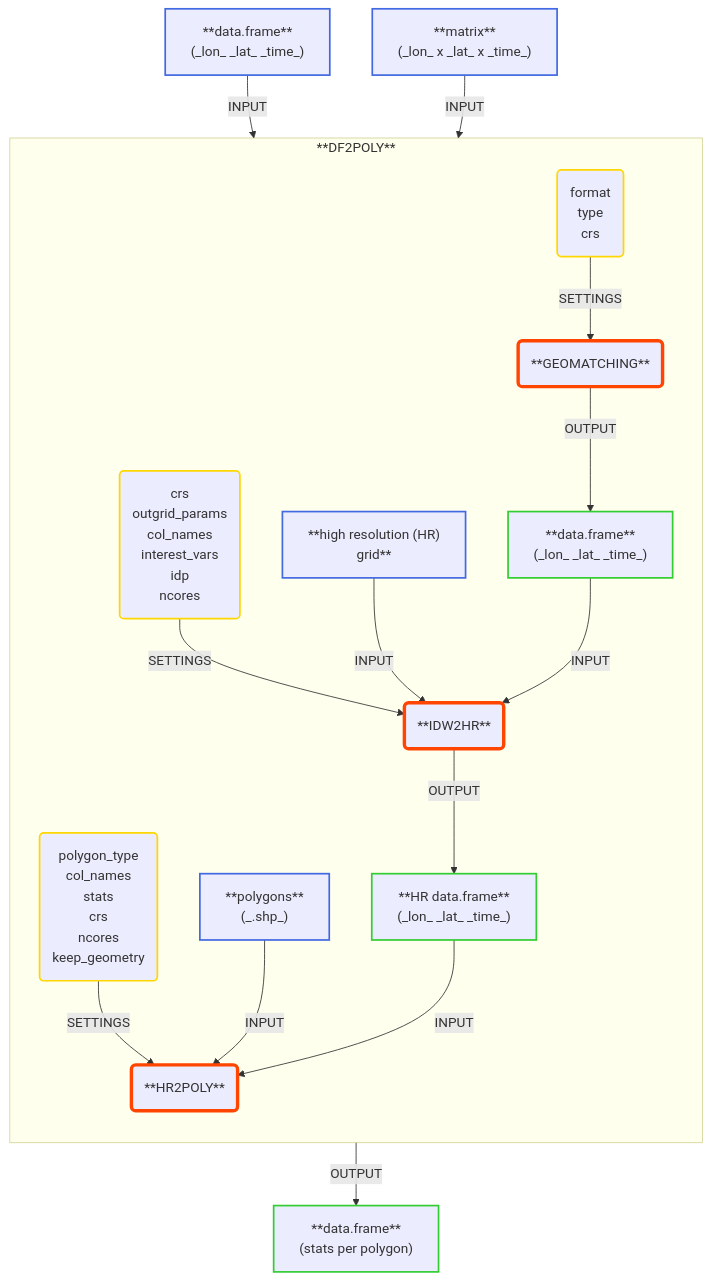
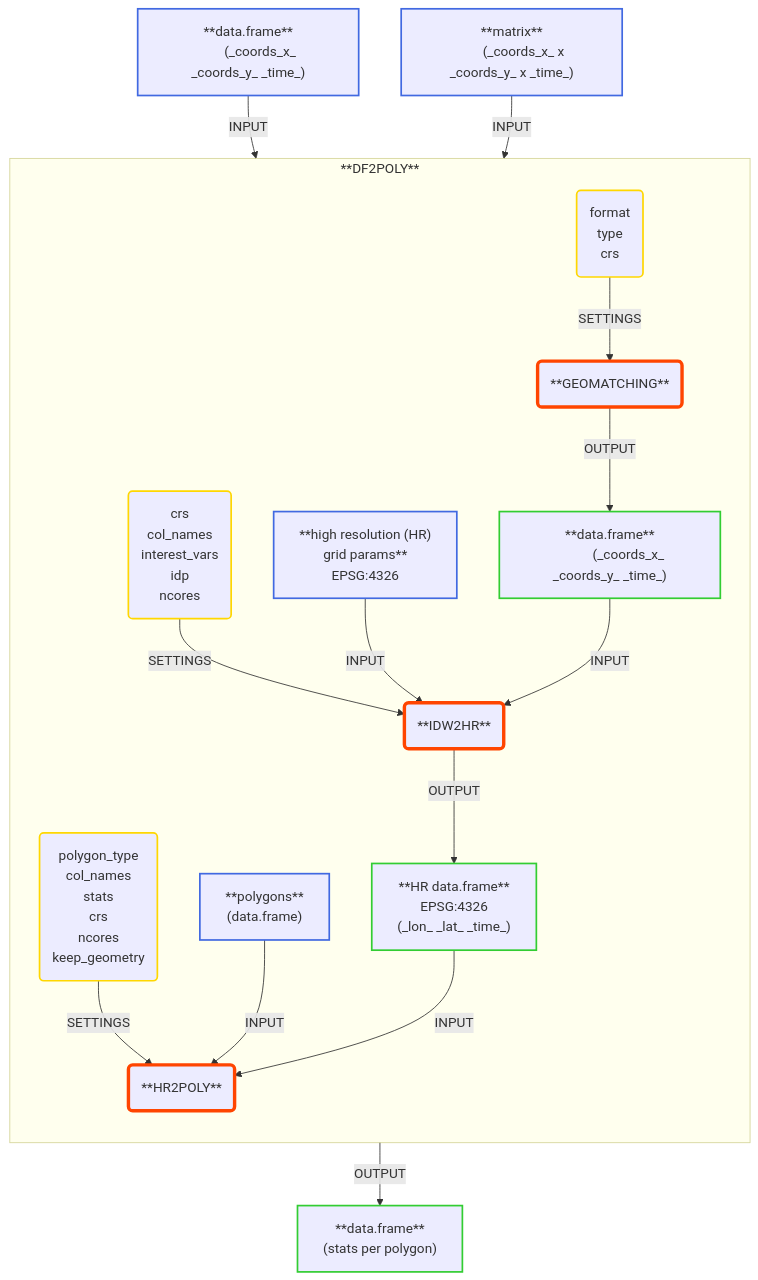
The diagram in README.md (GRINS-Spoke0-WP2/geotools), drawn with Mermaid before and after one commit.

Commit message:
Update README.md to correct coordinate parameter names and enhance flowchart clarity

````diff
--- a/README.md
+++ b/README.md
@@ -32,76 +32,77 @@
 ```mermaid
 flowchart TB
 
     %% input nodes
     input1a["**data.frame**
-        (_lon_ _lat_ _time_)"]:::input
+        (_coords_x_ _coords_y_ _time_)"]:::input
     input1b["**matrix**
-        (_lon_ x _lat_ x _time_)"]:::input
+        (_coords_x_ x _coords_y_ x _time_)"]:::input
     
     %% output node
     output3["**data.frame**
         (stats per polygon)"]:::output
 
     subgraph main_flow [**DF2POLY**]
         direction TB
         style main_flow opacity:.5
 
         %% input nodes
         input2b["**high resolution (HR)
-            grid**"]:::input
+            grid params**
+            EPSG:4326"]:::input
         input3b["**polygons**
-            (_.shp_)"]:::input
+            (data.frame)"]:::input
 
         %% function nodes
         function1("**GEOMATCHING**"):::function
         function2("**IDW2HR**"):::function
         function3("**HR2POLY**"):::function
 
         %% settings nodes
         settings1("format
             type
             crs"):::settings
         settings2("crs
-            outgrid_params
             col_names
             interest_vars
             idp
             ncores
             "):::settings
         settings3("polygon_type
             col_names
             stats
             crs
             ncores
             keep_geometry
             "):::settings
 
         %% output nodes
         output1["**data.frame**
-            (_lon_ _lat_ _time_)"]:::output
+            (_coords_x_ _coords_y_ _time_)"]:::output
         output2["**HR data.frame**
+            EPSG:4326
             (_lon_ _lat_ _time_)"]:::output
 
         %% relations
         settings1 --> |"SETTINGS"| function1
         settings2 --> |"SETTINGS"| function2
         input2b -->|"INPUT"| function2
         output1 -->|"INPUT"| function2
         function2 -->|"OUTPUT"| output2
         settings3 --> |"SETTINGS"| function3
         input3b -->|"INPUT"| function3
         output2 -->|"INPUT"| function3
     end
 
     %% relations
     input1a -->|"INPUT"| function1
     input1b -->|"INPUT"| function1
     function1 -->|"OUTPUT"| output1
     function3 -->|"OUTPUT"| output3
 
     %% styles
     classDef input stroke:royalblue,stroke-width:2px;
     classDef function stroke:orangered,stroke-width:4px;
     classDef settings stroke:gold,stroke-width:2px;
     classDef output stroke:limegreen,stroke-width:2px;
 ```
````
